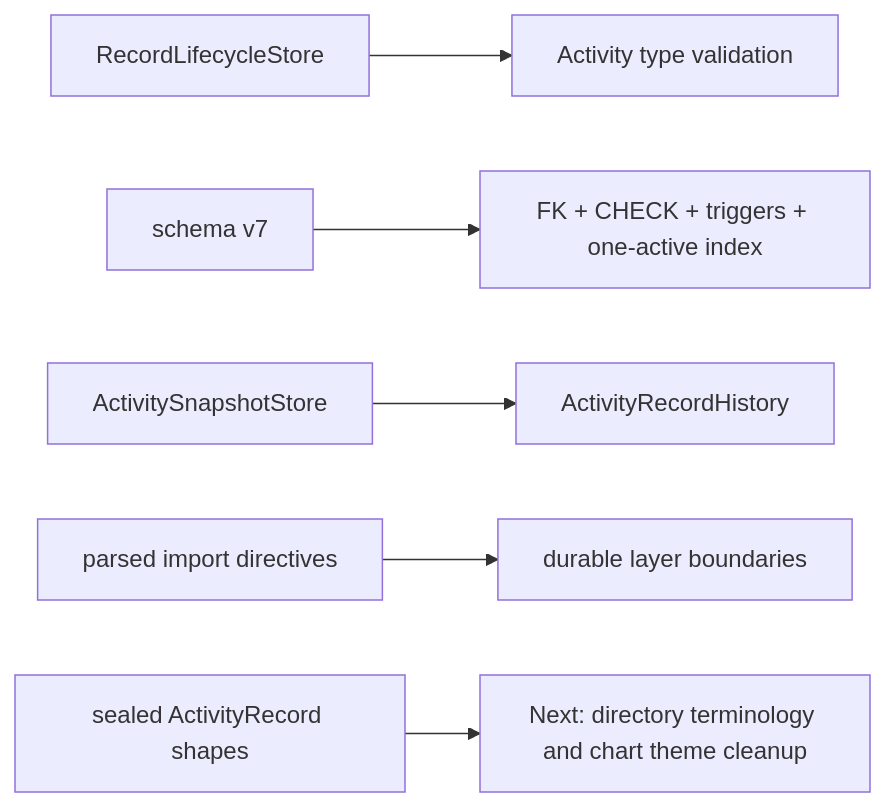
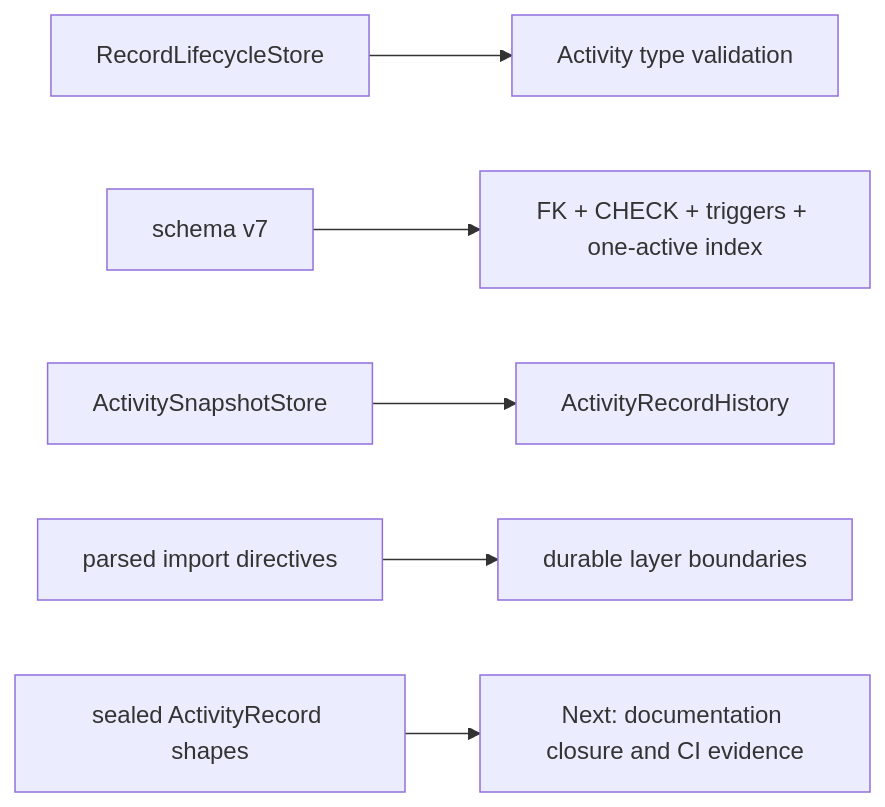
The sixth of 6 diagrams in docs/architecture/module-flow.md (Guoyuer/eventTracker), drawn with Mermaid before and after one commit. The commit also changed other lines of this file and 17 other files, not shown here.

Commit message:
Complete Activity UI terminology and chart theming

````diff
--- a/docs/architecture/module-flow.md
+++ b/docs/architecture/module-flow.md
@@ -168,8 +168,8 @@
 ```mermaid
 flowchart LR
   Lifecycle["RecordLifecycleStore"] --> TypeRules["Activity type validation"]
   Database["schema v7"] --> Shape["FK + CHECK + triggers + one-active index"]
   Snapshot["ActivitySnapshotStore"] --> History["ActivityRecordHistory"]
   ParsedImports["parsed import directives"] --> Boundaries["durable layer boundaries"]
-  RecordTypes["sealed ActivityRecord shapes"] --> Next["Next: directory terminology and chart theme cleanup"]
+  RecordTypes["sealed ActivityRecord shapes"] --> Next["Next: documentation closure and CI evidence"]
 ```
````
